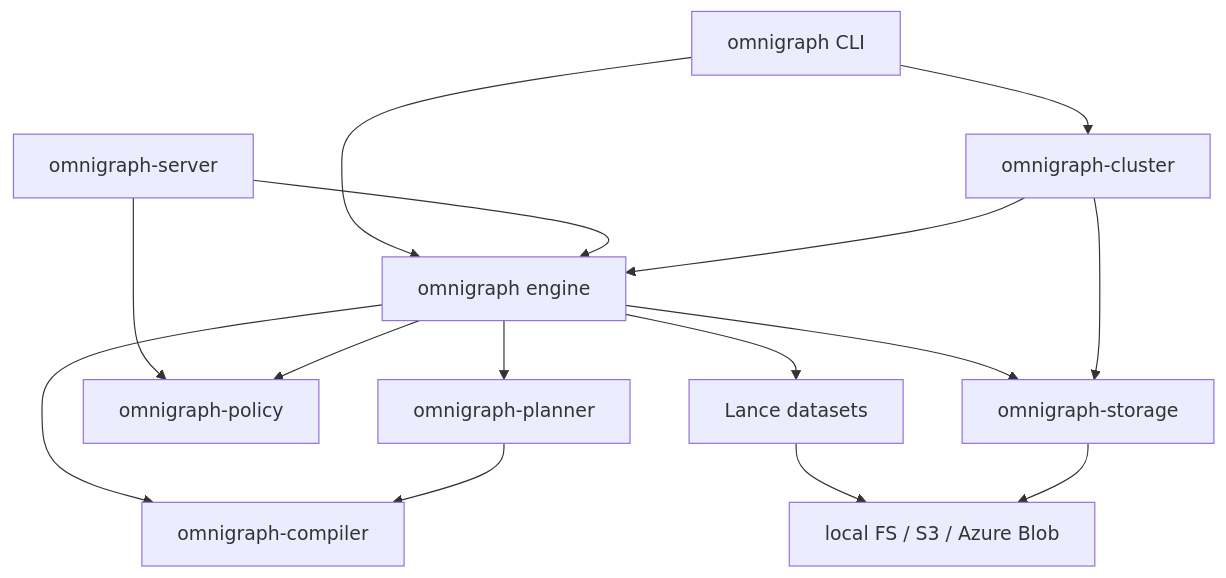
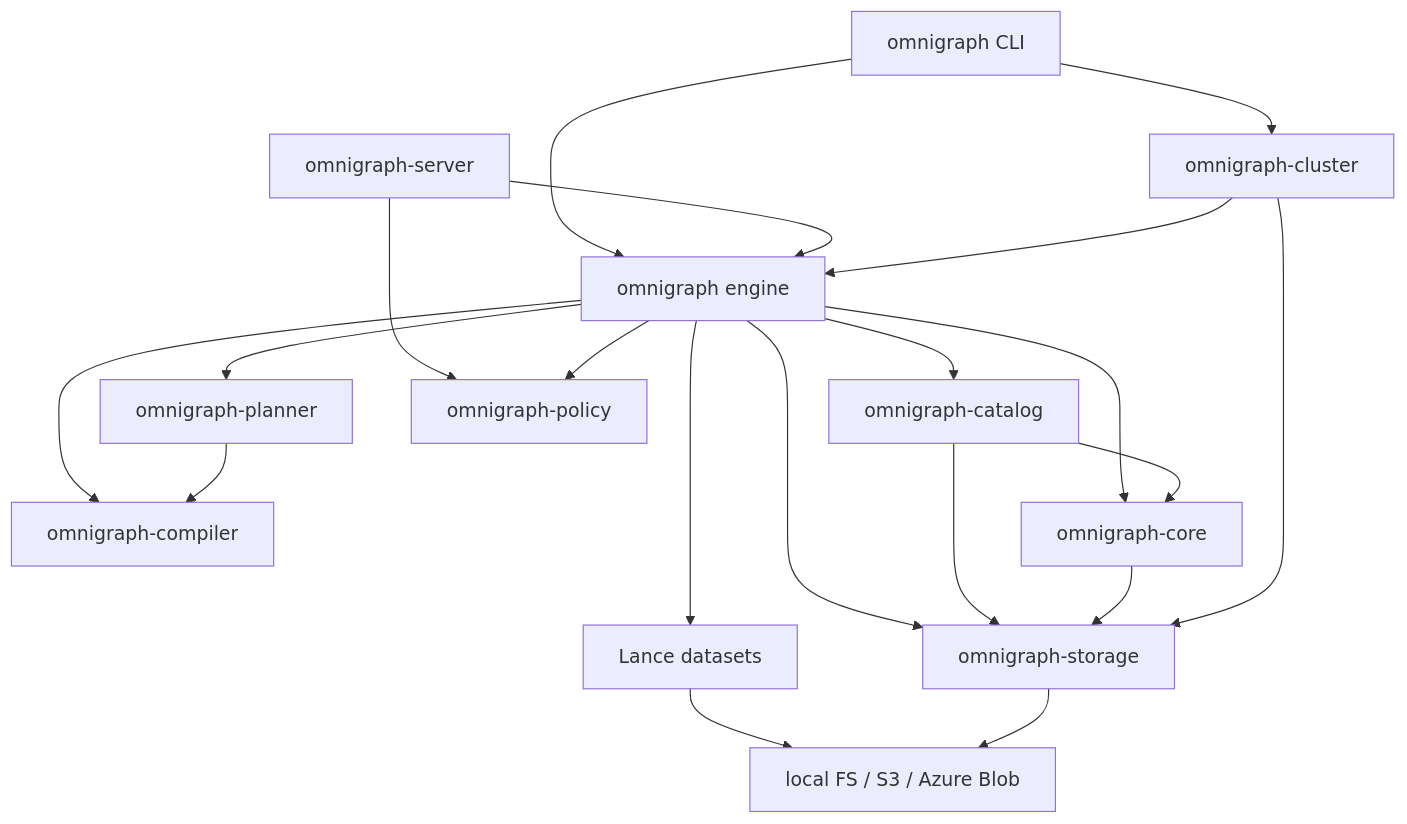
The diagram in docs/dev/architecture.md (ModernRelay/omnigraph), drawn with Mermaid before and after one commit. The commit also changed other lines of this file and 97 other files, not shown here.

Commit message:
refactor: extract `omnigraph-core` and `omnigraph-catalog` from the engine (#779)

````diff
--- a/docs/dev/architecture.md
+++ b/docs/dev/architecture.md
@@ -15,28 +15,35 @@
 ```mermaid
 flowchart TB
     CLI[omnigraph CLI]
     HTTP[omnigraph-server]
     CLUSTER[omnigraph-cluster]
     COMPILER[omnigraph-compiler]
     PLANNER[omnigraph-planner]
     ENGINE[omnigraph engine]
+    CATALOG[omnigraph-catalog]
+    CORE[omnigraph-core]
     POLICY[omnigraph-policy]
     STORAGE[omnigraph-storage]
     LANCE[Lance datasets]
     OBJECTS[local FS / S3 / Azure Blob]
 
     CLI --> CLUSTER
     CLI --> ENGINE
     HTTP --> ENGINE
     HTTP --> POLICY
     CLUSTER --> ENGINE
     ENGINE --> COMPILER
     ENGINE --> PLANNER
     PLANNER --> COMPILER
     ENGINE --> POLICY
     ENGINE --> STORAGE
+    ENGINE --> CATALOG
+    ENGINE --> CORE
+    CATALOG --> CORE
+    CATALOG --> STORAGE
+    CORE --> STORAGE
     ENGINE --> LANCE
     CLUSTER --> STORAGE
     LANCE --> OBJECTS
     STORAGE --> OBJECTS
 ```
````
